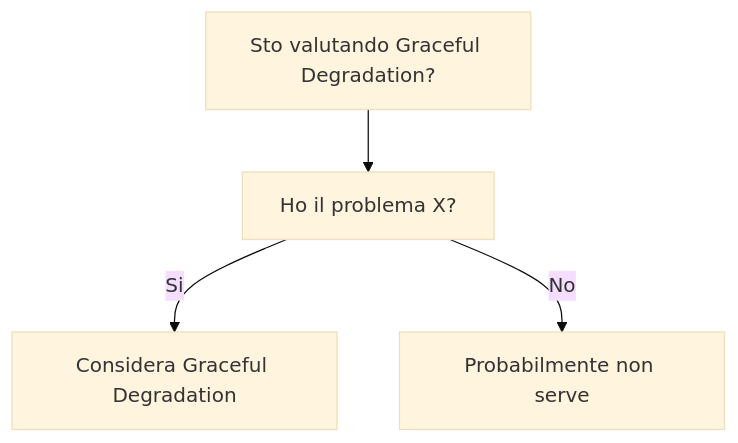
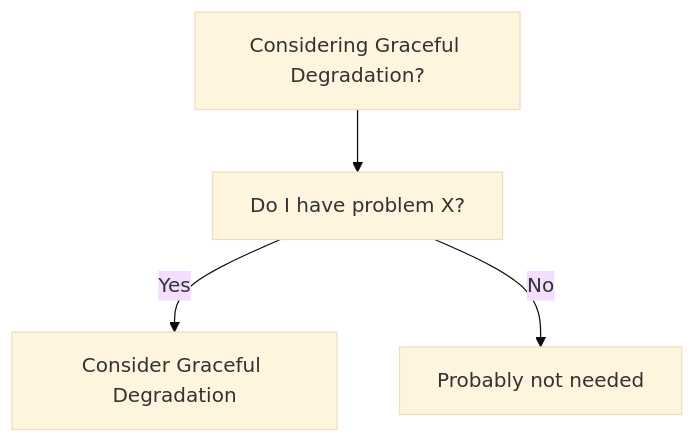
The diagram in dev-wiki/23_Resilience_Engineering/Graceful_Degradation/When_To_Use.md (HxT9/Software-Dev-Wiki), drawn with Mermaid (base theme) before and after one commit. The commit also changed other lines of this file and 3444 other files, not shown here.

````diff
--- a/dev-wiki/23_Resilience_Engineering/Graceful_Degradation/When_To_Use.md
+++ b/dev-wiki/23_Resilience_Engineering/Graceful_Degradation/When_To_Use.md
@@ -19,6 +19,6 @@
 ```mermaid
 flowchart TD
-  Q[Sto valutando Graceful Degradation?] --> Q1[Ho il problema X?]
-  Q1 -->|Si| OK[Considera Graceful Degradation]
-  Q1 -->|No| NO[Probabilmente non serve]
+  Q[Considering Graceful Degradation?] --> Q1[Do I have problem X?]
+  Q1 -->|Yes| OK[Consider Graceful Degradation]
+  Q1 -->|No| NO[Probably not needed]
 ```
````
